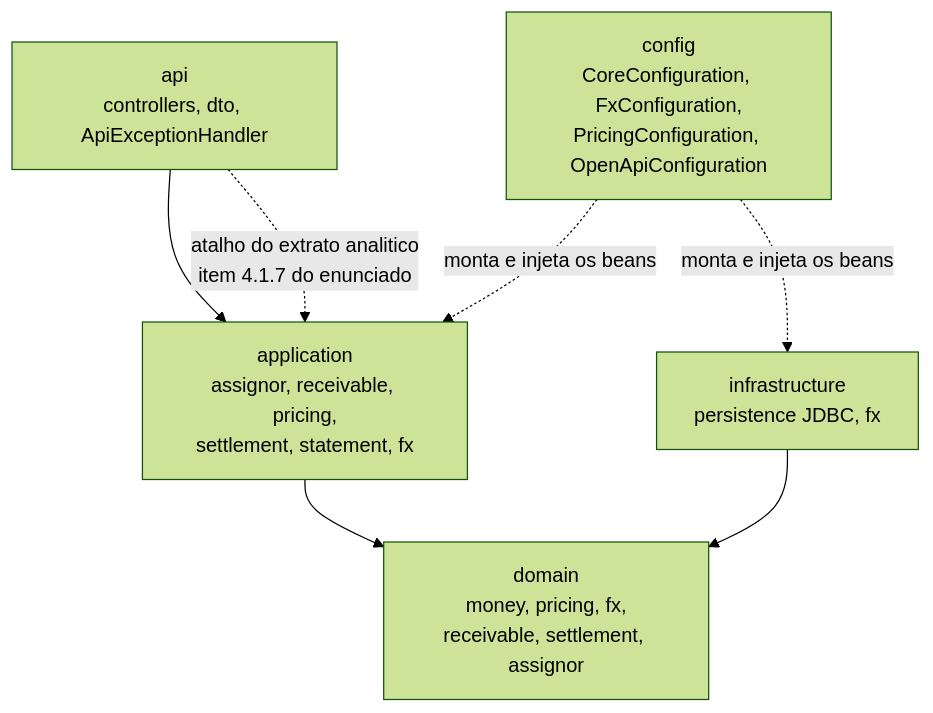
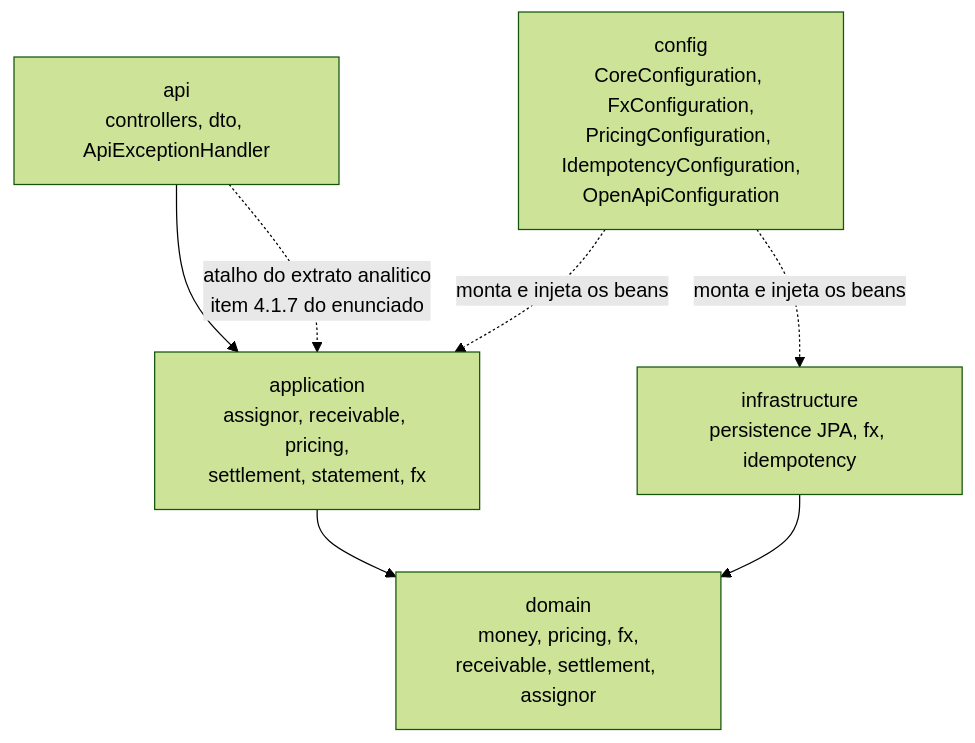
Before and after one commit to deanfreitas/ProjetoSRMCreditEngine: the third of 5 diagrams in ARCHITECTURE.md, drawn with Mermaid (forest theme). The commit also changed other lines of this file and 4 other files, not shown here.

First line of the commit message:
docs: DECISIONS.md, ARCHITECTURE.md, README.md, SPEC.md e AI_USAGE.md com a idempotencia em Redis

````diff
--- a/ARCHITECTURE.md
+++ b/ARCHITECTURE.md
@@ -72,15 +79,15 @@
 ```mermaid
 flowchart TB
     api["api<br/>controllers, dto, ApiExceptionHandler"]
     application["application<br/>assignor, receivable, pricing,<br/>settlement, statement, fx"]
     domain["domain<br/>money, pricing, fx,<br/>receivable, settlement, assignor"]
-    infrastructure["infrastructure<br/>persistence JDBC, fx"]
-    config["config<br/>CoreConfiguration, FxConfiguration,<br/>PricingConfiguration, OpenApiConfiguration"]
+    infrastructure["infrastructure<br/>persistence JPA, fx, idempotency"]
+    config["config<br/>CoreConfiguration, FxConfiguration,<br/>PricingConfiguration, IdempotencyConfiguration,<br/>OpenApiConfiguration"]
 
     api --> application
     application --> domain
     infrastructure --> domain
     config -.->|"monta e injeta os beans"| application
     config -.->|"monta e injeta os beans"| infrastructure
     api -.->|"atalho do extrato analitico<br/>item 4.1.7 do enunciado"| application
 ```
````
